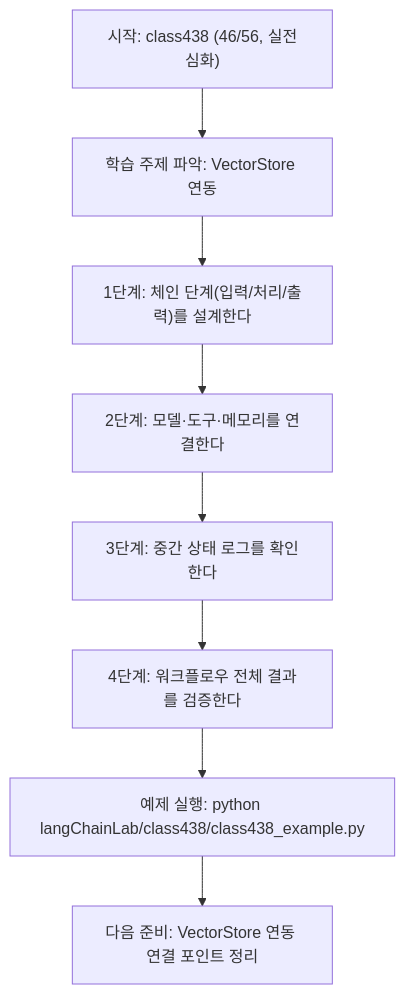
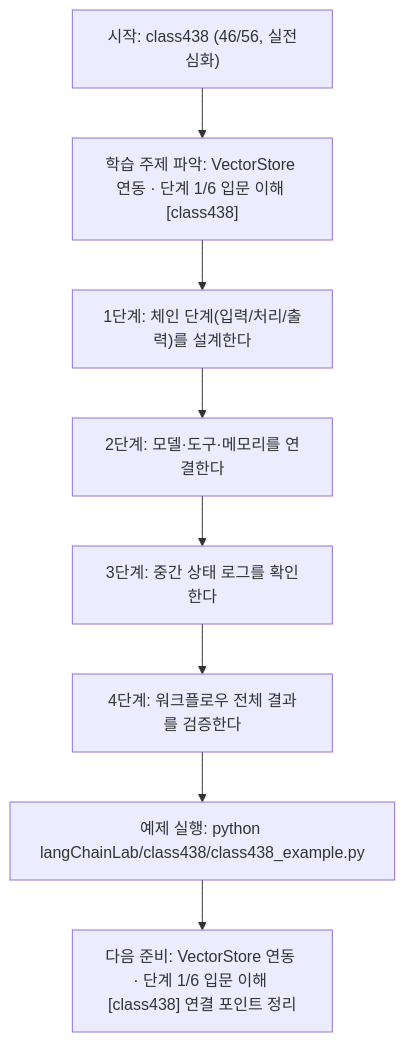
One commit to edumgt/Python-AI_Agent-Class changed the diagram in langChainLab/class438/class438.md. Above: the diagram before and after it, drawn with Mermaid. The commit also changed other lines of this file and 522 other files, not shown here.

````diff
--- a/langChainLab/class438/class438.md
+++ b/langChainLab/class438/class438.md
@@ -108,18 +109,18 @@
 ```mermaid
 flowchart TD
 N1["시작: class438 (46/56, 실전심화)"]
-N2["학습 주제 파악: VectorStore 연동"]
+N2["학습 주제 파악: VectorStore 연동 · 단계 1/6 입문 이해 [class438]"]
 N3["1단계: 체인 단계(입력/처리/출력)를 설계한다"]
 N4["2단계: 모델·도구·메모리를 연결한다"]
 N5["3단계: 중간 상태 로그를 확인한다"]
 N6["4단계: 워크플로우 전체 결과를 검증한다"]
 N7["예제 실행: python langChainLab/class438/class438_example.py"]
-N8["다음 준비: VectorStore 연동 연결 포인트 정리"]
+N8["다음 준비: VectorStore 연동 · 단계 1/6 입문 이해 [class438] 연결 포인트 정리"]
 N1 --> N2
 N2 --> N3
 N3 --> N4
 N4 --> N5
 N5 --> N6
 N6 --> N7
 N7 --> N8
 ```
````
